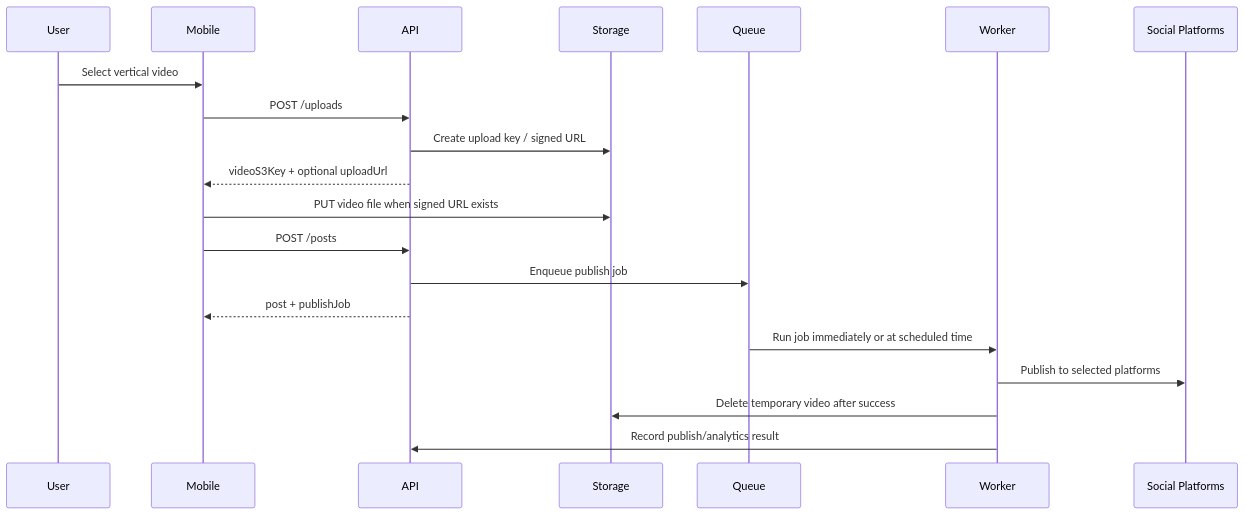
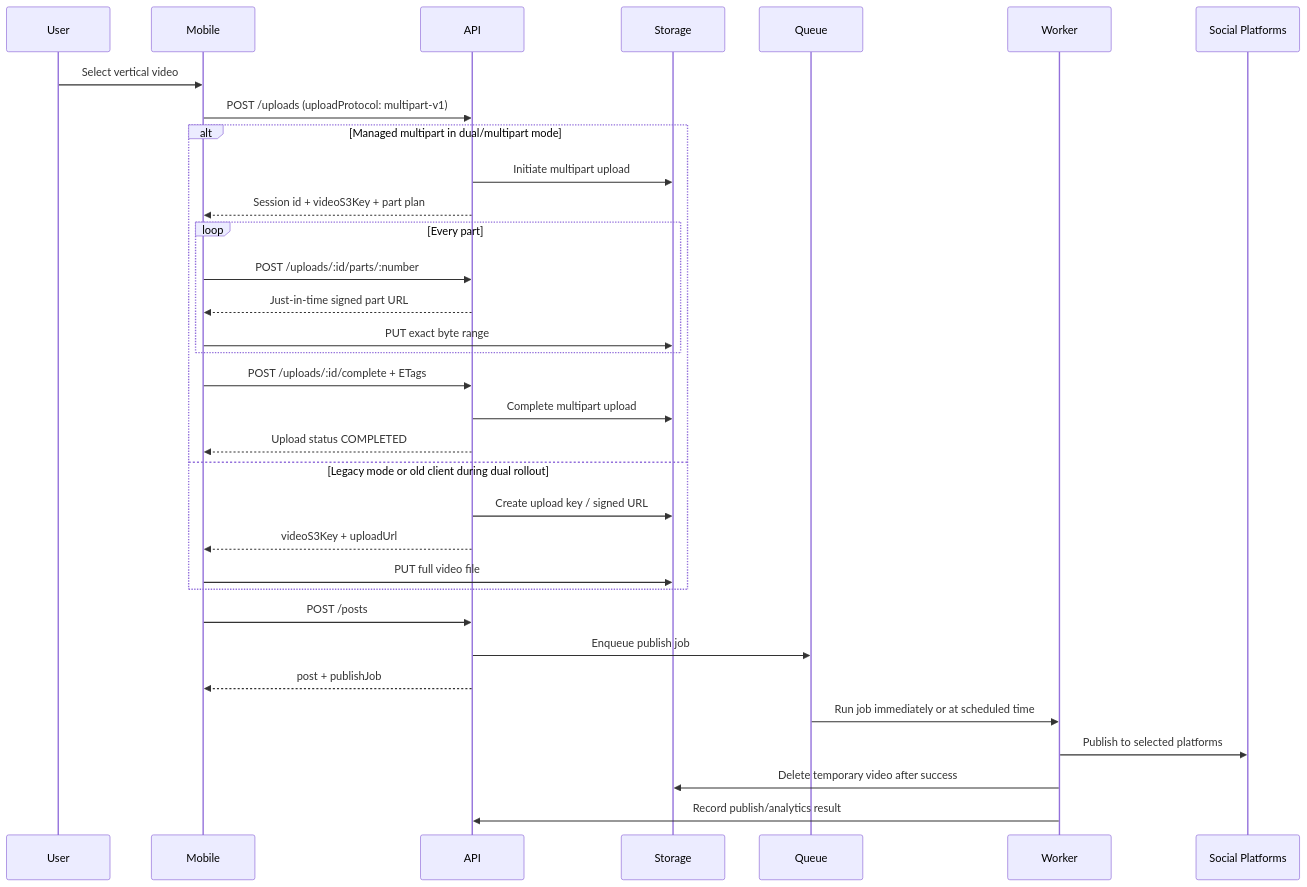
One commit to NOI56/PostDeeMobile changed the second of 7 diagrams in ARCHITECTURE.md. Above: the diagram before and after it, drawn with Mermaid. The commit also changed other lines of this file and 35 other files, not shown here.

Commit message:
Add managed multipart uploads

````diff
--- a/ARCHITECTURE.md
+++ b/ARCHITECTURE.md
@@ -248,23 +253,36 @@
 ```mermaid
 sequenceDiagram
   participant U as User
   participant M as Mobile
   participant A as API
   participant S as Storage
   participant Q as Queue
   participant W as Worker
   participant P as Social Platforms
 
   U->>M: Select vertical video
-  M->>A: POST /uploads
-  A->>S: Create upload key / signed URL
-  A-->>M: videoS3Key + optional uploadUrl
-  M->>S: PUT video file when signed URL exists
+  M->>A: POST /uploads (uploadProtocol: multipart-v1)
+  alt Managed multipart in dual/multipart mode
+    A->>S: Initiate multipart upload
+    A-->>M: Session id + videoS3Key + part plan
+    loop Every part
+      M->>A: POST /uploads/:id/parts/:number
+      A-->>M: Just-in-time signed part URL
+      M->>S: PUT exact byte range
+    end
+    M->>A: POST /uploads/:id/complete + ETags
+    A->>S: Complete multipart upload
+    A-->>M: Upload status COMPLETED
+  else Legacy mode or old client during dual rollout
+    A->>S: Create upload key / signed URL
+    A-->>M: videoS3Key + uploadUrl
+    M->>S: PUT full video file
+  end
   M->>A: POST /posts
   A->>Q: Enqueue publish job
   A-->>M: post + publishJob
   Q->>W: Run job immediately or at scheduled time
   W->>P: Publish to selected platforms
   W->>S: Delete temporary video after success
   W->>A: Record publish/analytics result
 ```
````
